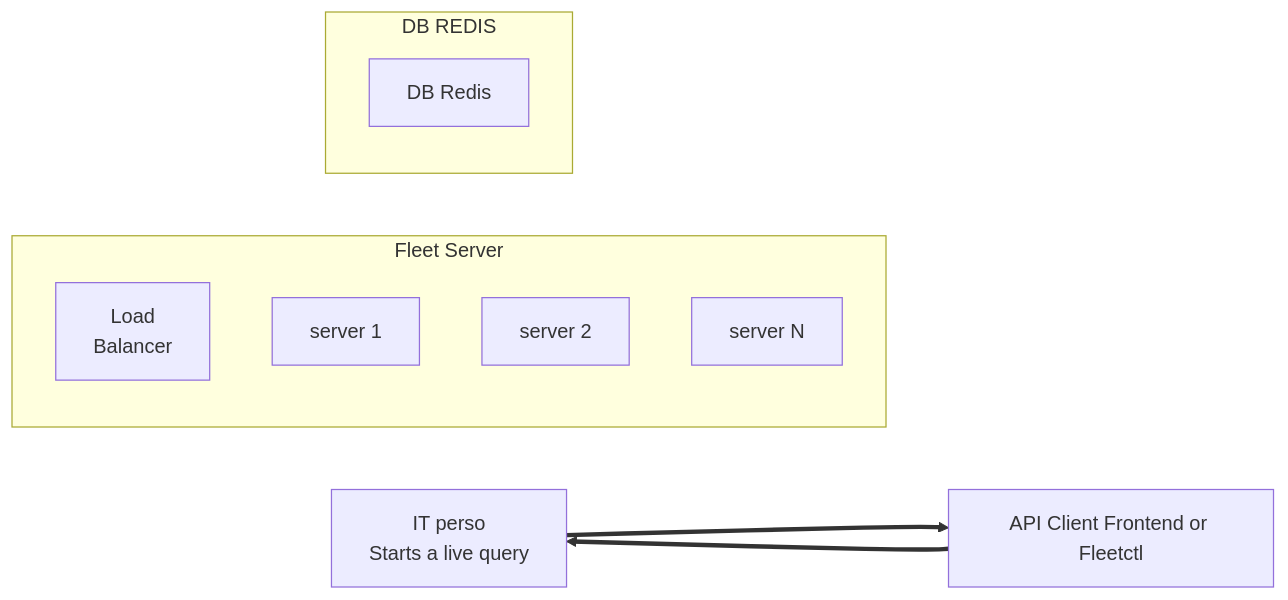
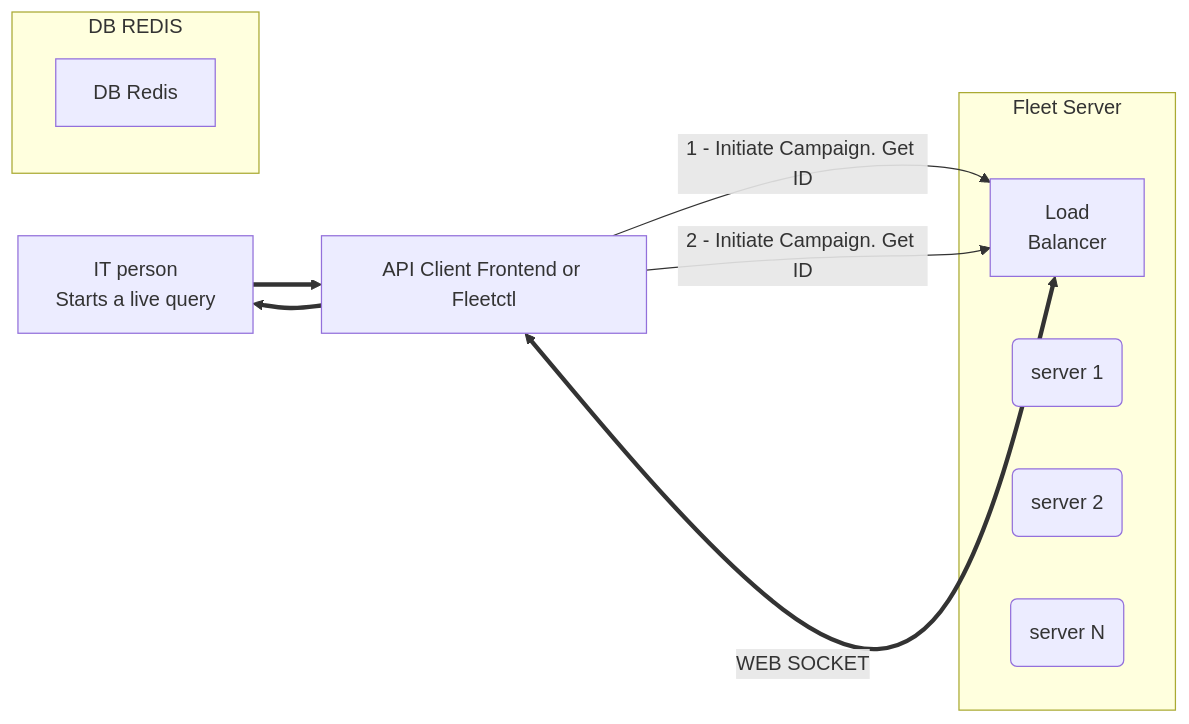
The second of 2 diagrams in docs/Contributing/high-level-architecture.md (fleetdm/fleet), drawn with Mermaid before and after one commit.

````diff
--- a/docs/Contributing/high-level-architecture.md
+++ b/docs/Contributing/high-level-architecture.md
@@ -68,20 +68,24 @@
 ```mermaid
 graph LR;
-    it_person[IT perso<br>Starts a live query];
+    it_person[IT person<br>Starts a live query];
     api[API Client Frontend or Fleetctl];
 
     subgraph Fleet Server
         loadbalancer[Load<br>Balancer];
-        server1[server 1];
-        server2[server 2];
-        serverN[server N];
+        server1(server 1);
+        server2(server 2);
+        serverN(server N);
     end
 
     subgraph DB REDIS
         dbredis[DB  Redis];
     end
 
     it_person ==> api;
     api ==> it_person;
 
+    api -- "1 - Initiate Campaign. Get ID" --> loadbalancer;
+    api -- "2 - Initiate Campaign. Get ID" --> loadbalancer;
+    api <== "WEB SOCKET" ==> loadbalancer;
+
 ```
````
